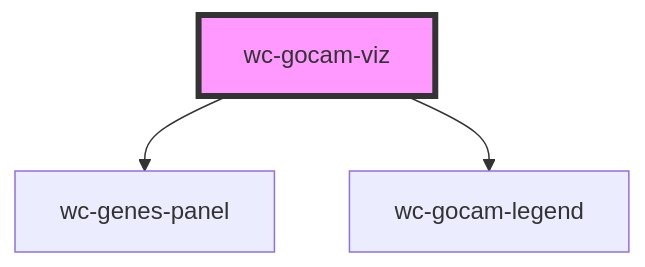
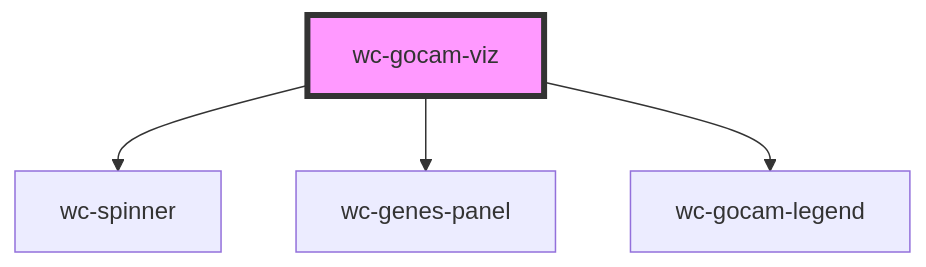
One commit to geneontology/web-components changed the diagram in src/components/go-gocam-pathway/readme.md. Above: the diagram before and after it, drawn with Mermaid. The commit also changed other lines of this file and 10 other files, not shown here.

````diff
--- a/src/components/go-gocam-pathway/readme.md
+++ b/src/components/go-gocam-pathway/readme.md
@@ -156,6 +157,7 @@
 ```mermaid
 graph TD;
+  wc-gocam-viz --> wc-spinner
   wc-gocam-viz --> wc-genes-panel
   wc-gocam-viz --> wc-gocam-legend
   style wc-gocam-viz fill:#f9f,stroke:#333,stroke-width:4px
 ```
````
